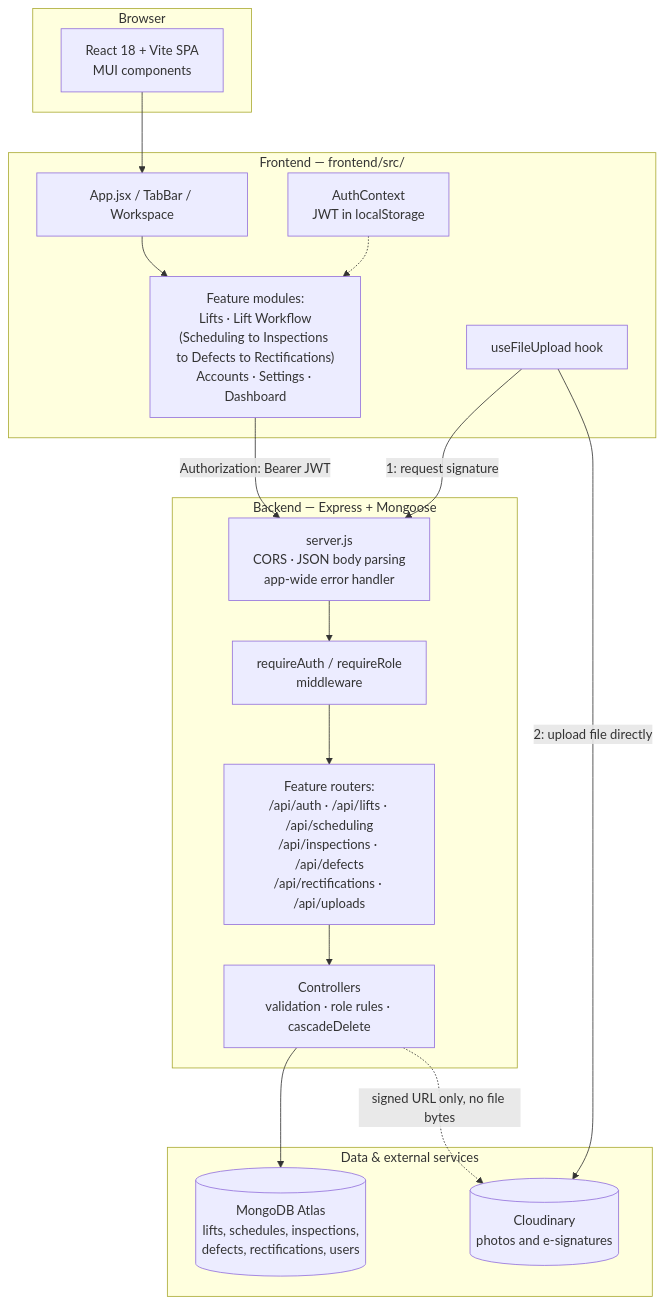
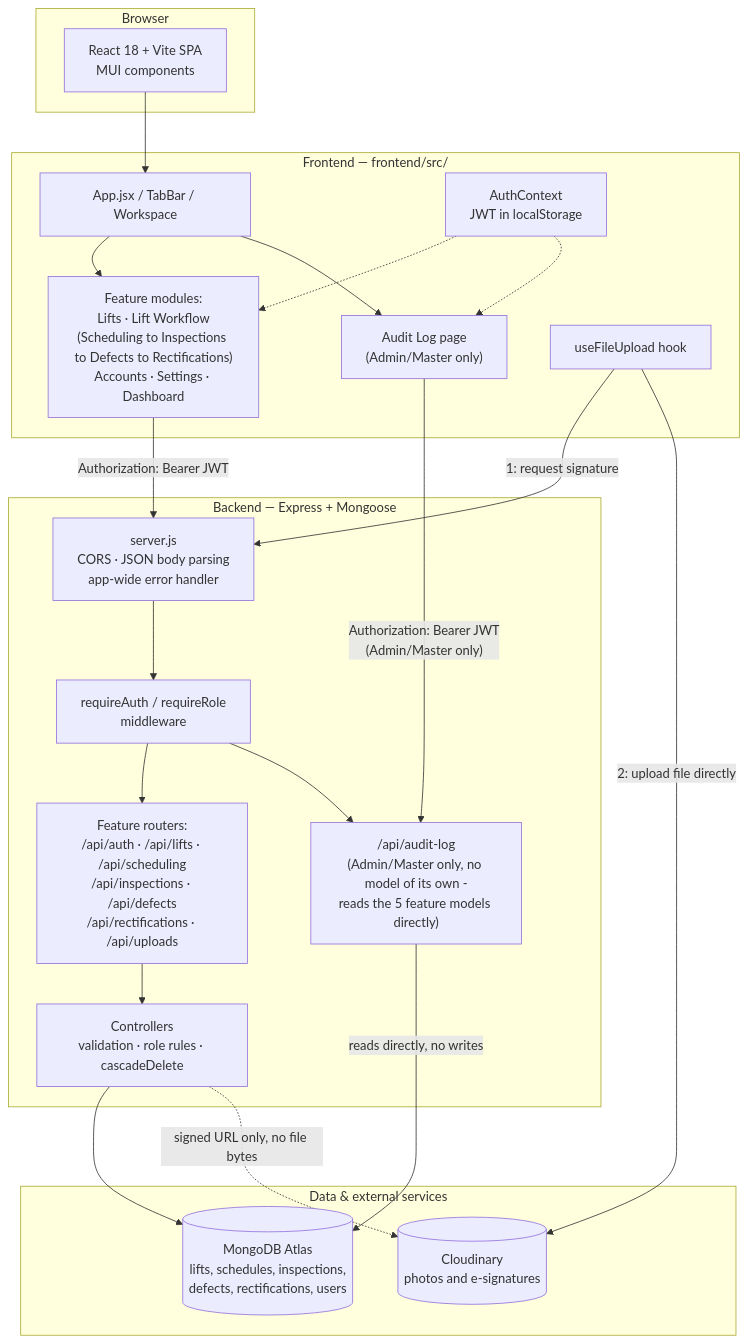
The diagram in em-services-lift-servicing/design/architecture-diagram.md (ryan-aliling/EM-Services-Lift-Servicing), drawn with Mermaid before and after one commit. The commit also changed other lines of this file and 59 other files, not shown here.

````diff
--- a/em-services-lift-servicing/design/architecture-diagram.md
+++ b/em-services-lift-servicing/design/architecture-diagram.md
@@ -6,35 +6,42 @@
 ```mermaid
 flowchart TB
     subgraph Client["Browser"]
         UI["React 18 + Vite SPA<br/>MUI components"]
     end
 
     subgraph FE["Frontend — frontend/src/"]
         App["App.jsx / TabBar / Workspace"]
         Features["Feature modules:<br/>Lifts · Lift Workflow<br/>(Scheduling to Inspections to Defects to Rectifications)<br/>Accounts · Settings · Dashboard"]
+        AuditFE["Audit Log page<br/>(Admin/Master only)"]
         AuthCtx["AuthContext<br/>JWT in localStorage"]
         UploadHook["useFileUpload hook"]
     end
 
     subgraph BE["Backend — Express + Mongoose"]
         Server["server.js<br/>CORS · JSON body parsing<br/>app-wide error handler"]
         AuthMW["requireAuth / requireRole<br/>middleware"]
         Routes["Feature routers:<br/>/api/auth · /api/lifts · /api/scheduling<br/>/api/inspections · /api/defects<br/>/api/rectifications · /api/uploads"]
         Controllers["Controllers<br/>validation · role rules · cascadeDelete"]
+        AuditBE["/api/audit-log<br/>(Admin/Master only, no model of its own -<br/>reads the 5 feature models directly)"]
     end
 
     subgraph Data["Data & external services"]
         Atlas[("MongoDB Atlas<br/>lifts, schedules, inspections,<br/>defects, rectifications, users")]
         Cloudinary[("Cloudinary<br/>photos and e-signatures")]
     end
 
     UI --> App --> Features
+    App --> AuditFE
     AuthCtx -.-> Features
+    AuthCtx -.-> AuditFE
     Features -->|"Authorization: Bearer JWT"| Server
+    AuditFE -->|"Authorization: Bearer JWT<br/>(Admin/Master only)"| AuditBE
     UploadHook -->|"1: request signature"| Server
     UploadHook -->|"2: upload file directly"| Cloudinary
 
     Server --> AuthMW --> Routes --> Controllers
+    AuthMW --> AuditBE
     Controllers --> Atlas
+    AuditBE -->|"reads directly, no writes"| Atlas
     Controllers -.->|"signed URL only, no file bytes"| Cloudinary
 ```
````
